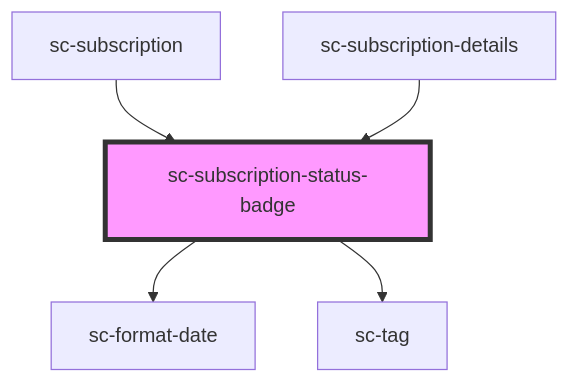
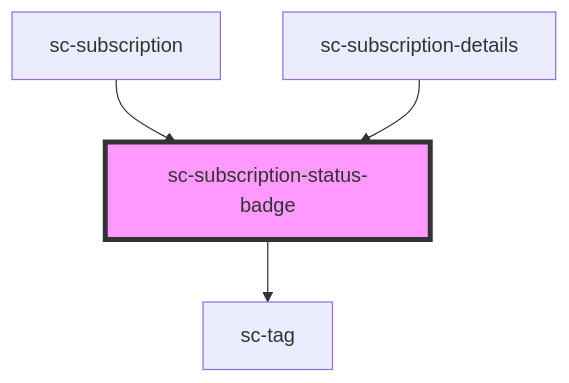
One commit to surecart/surecart-wp-plugin changed the diagram in packages/components/src/components/ui/subscription-status-badge/readme.md. Above: the diagram before and after it, drawn with Mermaid. The commit also changed other lines of this file and 52 other files, not shown here.

````diff
--- a/packages/components/src/components/ui/subscription-status-badge/readme.md
+++ b/packages/components/src/components/ui/subscription-status-badge/readme.md
@@ -32,8 +31,7 @@
 ```mermaid
 graph TD;
-  sc-subscription-status-badge --> sc-format-date
   sc-subscription-status-badge --> sc-tag
   sc-subscription --> sc-subscription-status-badge
   sc-subscription-details --> sc-subscription-status-badge
   style sc-subscription-status-badge fill:#f9f,stroke:#333,stroke-width:4px
 ```
````
